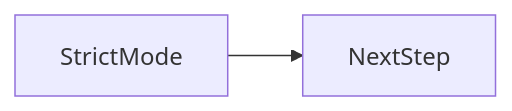
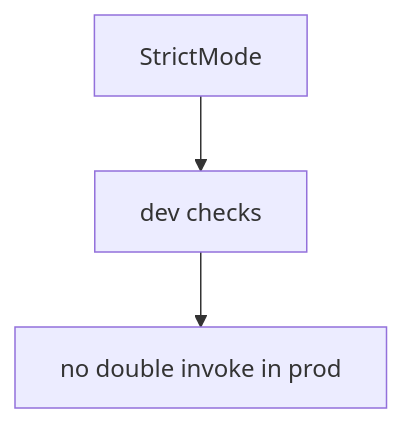
One commit to OmidJavaherii/Frontend-Engineering-Handbook changed the second of 2 diagrams in docs/en/10-react/strict-mode/index.md. Above: the diagram before and after it, drawn with Mermaid. The commit also changed other lines of this file and 461 other files, not shown here.

````diff
--- a/docs/en/10-react/strict-mode/index.md
+++ b/docs/en/10-react/strict-mode/index.md
@@ -94,4 +111,5 @@
 ```mermaid
-flowchart LR
-  concept[StrictMode] --> nextStep[NextStep]
+flowchart TD
+  StrictMode --> Checks[dev checks]
+  Checks --> Prod[no double invoke in prod]
 ```
````
